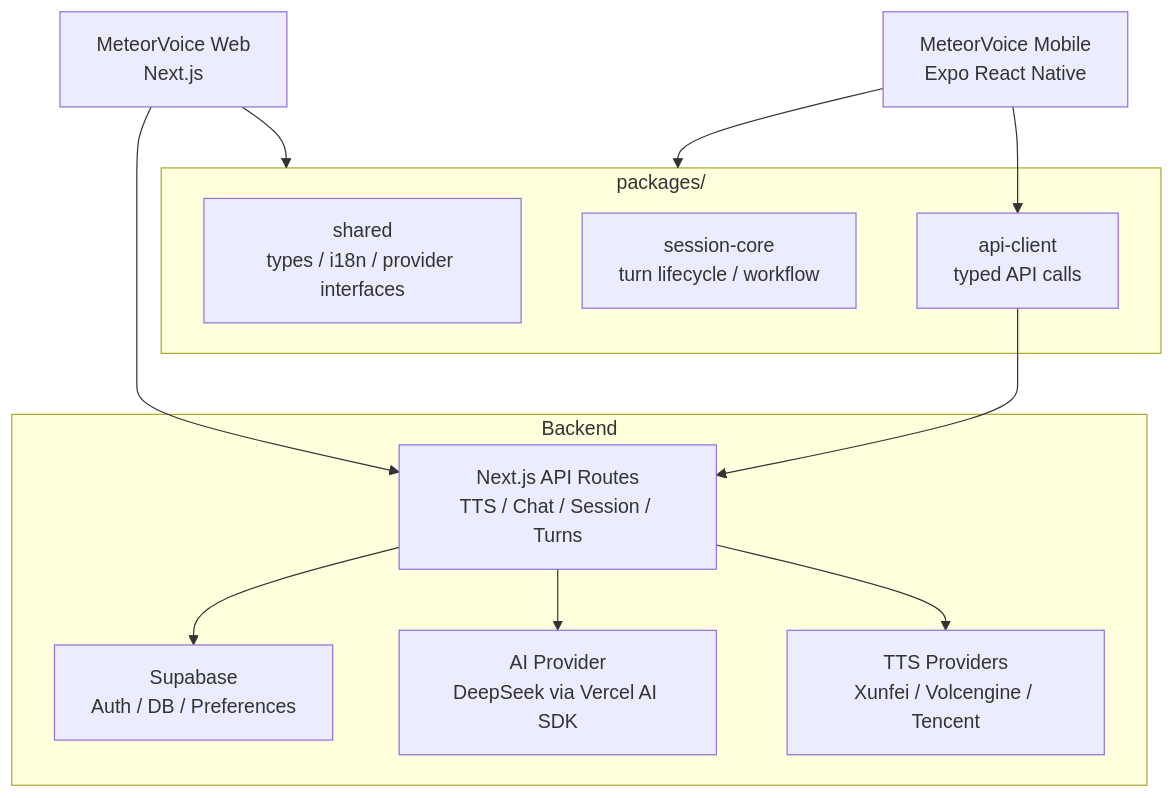
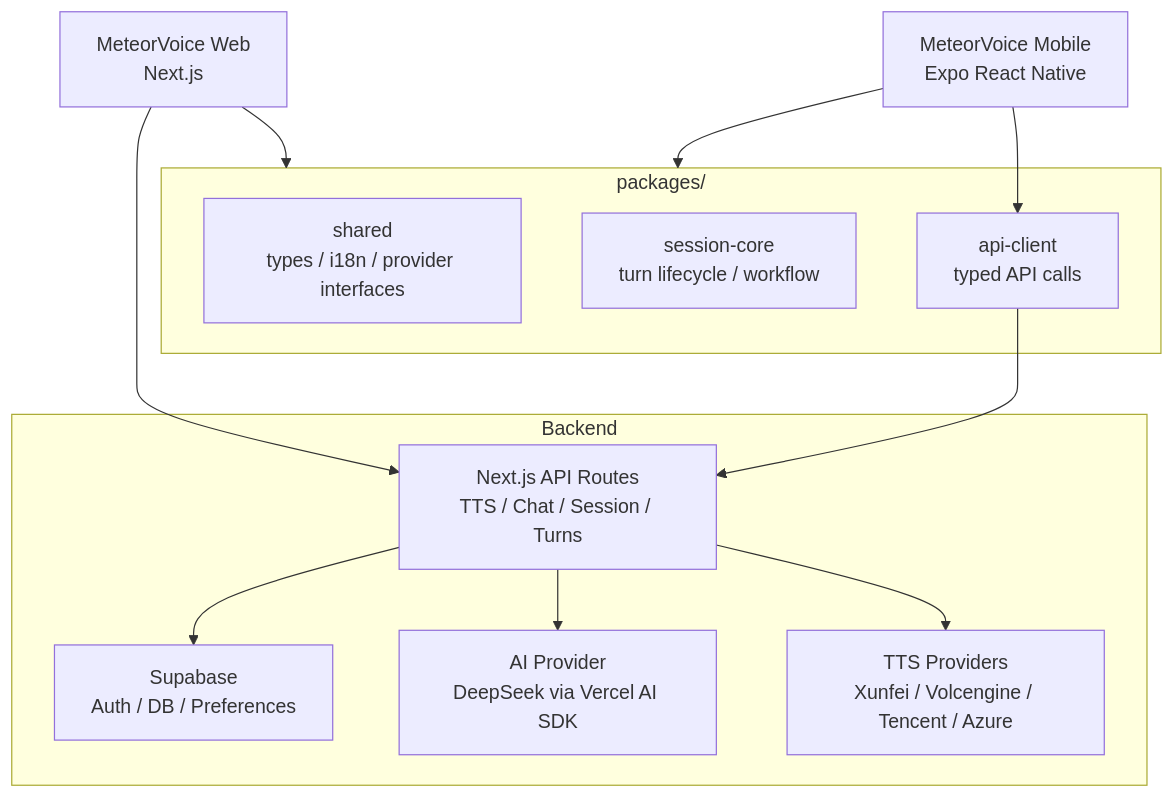
The second of 3 diagrams in README.md (JunchenMeteor/MeteorVoice), drawn with Mermaid before and after one commit. The commit also changed other lines of this file and 9 other files, not shown here.

Commit message:
Add Azure Neural TTS provider with full accent support

````diff
--- a/README.md
+++ b/README.md
@@ -82,27 +82,27 @@
 ```mermaid
 flowchart TB
     Web[MeteorVoice Web<br/>Next.js]
     Mobile[MeteorVoice Mobile<br/>Expo React Native]
 
     subgraph Platform[Backend]
         API[Next.js API Routes<br/>TTS / Chat / Session / Turns]
         Supabase[Supabase<br/>Auth / DB / Preferences]
         AI[AI Provider<br/>DeepSeek via Vercel AI SDK]
-        TTS[TTS Providers<br/>Xunfei / Volcengine / Tencent]
+        TTS[TTS Providers<br/>Xunfei / Volcengine / Tencent / Azure]
     end
 
     subgraph Shared[packages/]
         SharedPkg[shared<br/>types / i18n / provider interfaces]
         SessionCore[session-core<br/>turn lifecycle / workflow]
         APIClient[api-client<br/>typed API calls]
     end
 
     Web --> API
     Mobile --> APIClient
     APIClient --> API
     API --> Supabase
     API --> AI
     API --> TTS
     Web --> Shared
     Mobile --> Shared
 ```
````
